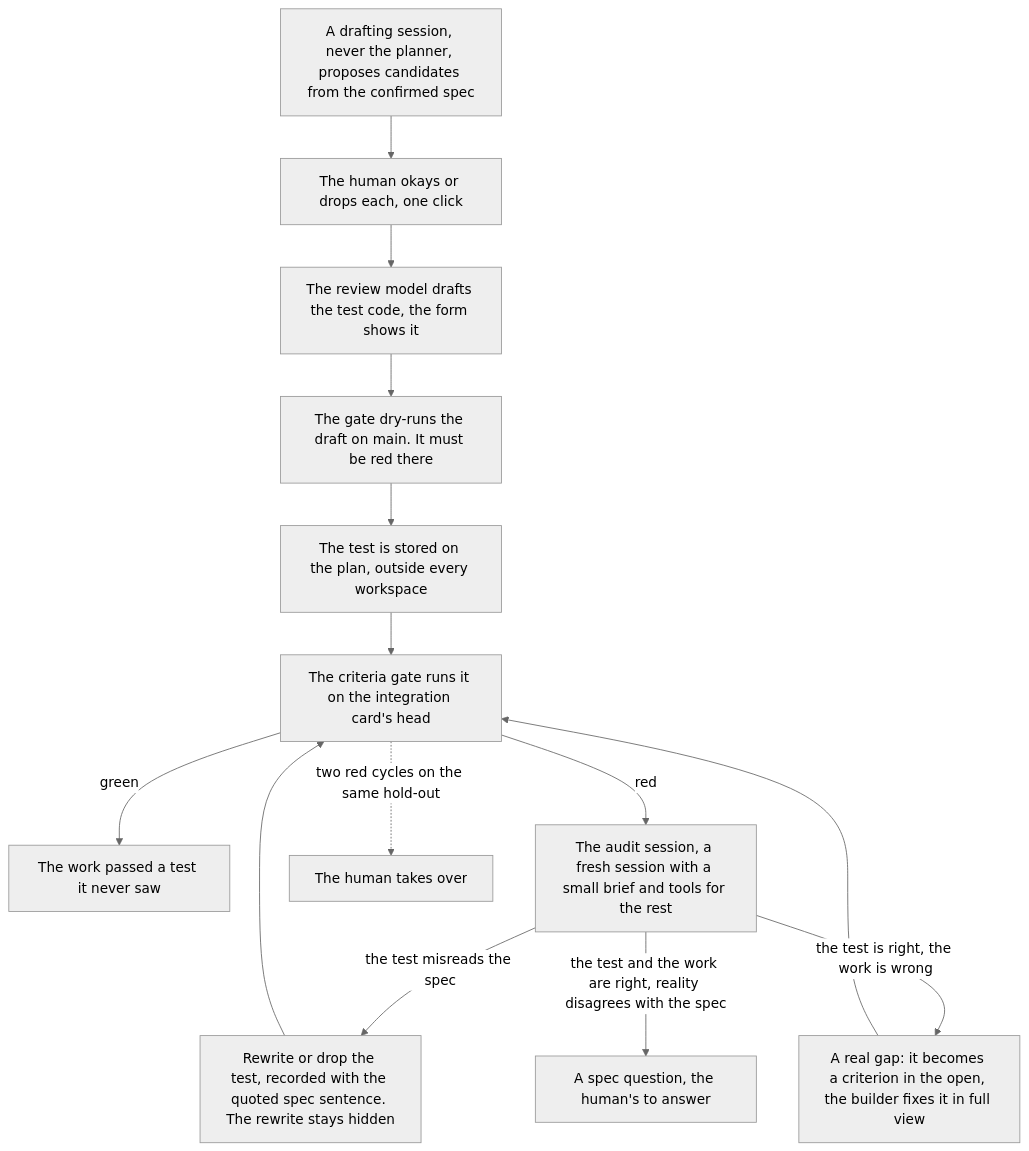
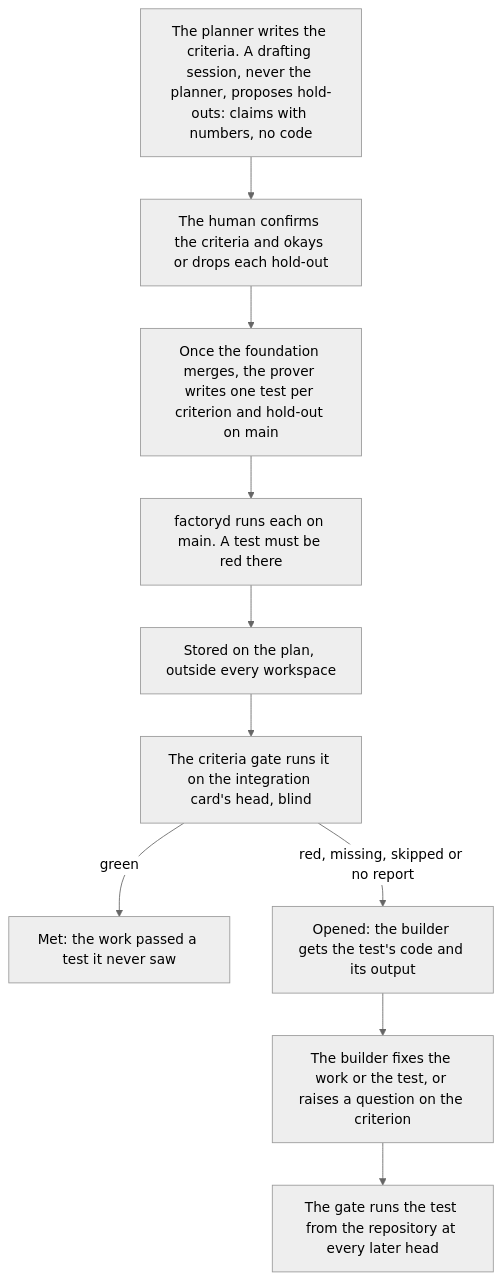
Before and after one commit to sebastianrueckerai/ai-software-factory: the second of 3 diagrams in docs/spec-driven.md, drawn with Mermaid (neutral theme). The commit also changed other lines of this file and 8 other files, not shown here.

First line of the commit message:
docs: the blind proofs are built; the spec-driven doc, the architecture, the evidence, the README and the landing page describe one blind try per criterion

````diff
--- a/docs/spec-driven.md
+++ b/docs/spec-driven.md
@@ -53,16 +60,12 @@
 ```mermaid
 flowchart TD
-    A["A drafting session, never the planner, proposes candidates from the confirmed spec"] --> B["The human okays or drops each, one click"]
-    B --> C["The review model drafts the test code, the form shows it"]
-    C --> D["The gate dry-runs the draft on main. It must be red there"]
-    D --> E["The test is stored on the plan, outside every workspace"]
-    E --> F["The criteria gate runs it on the integration card's head"]
-    F -->|"green"| G["The work passed a test it never saw"]
-    F -->|"red"| H["The audit session, a fresh session with a small brief and tools for the rest"]
-    H -->|"the test misreads the spec"| R["Rewrite or drop the test, recorded with the quoted spec sentence. The rewrite stays hidden"]
-    H -->|"the test is right, the work is wrong"| I["A real gap: it becomes a criterion in the open, the builder fixes it in full view"]
-    H -->|"the test and the work are right, reality disagrees with the spec"| Q["A spec question, the human's to answer"]
-    R --> F
-    I --> F
-    F -.->|"two red cycles on the same hold-out"| X["The human takes over"]
+    A["The planner writes the criteria. A drafting session, never the planner, proposes hold-outs: claims with numbers, no code"] --> B["The human confirms the criteria and okays or drops each hold-out"]
+    B --> C["Once the foundation merges, the prover writes one test per criterion and hold-out on main"]
+    C --> D["factoryd runs each on main. A test must be red there"]
+    D --> E["Stored on the plan, outside every workspace"]
+    E --> F["The criteria gate runs it on the integration card's head, blind"]
+    F -->|"green"| G["Met: the work passed a test it never saw"]
+    F -->|"red, missing, skipped or no report"| H["Opened: the builder gets the test's code and its output"]
+    H --> I["The builder fixes the work or the test, or raises a question on the criterion"]
+    I --> J["The gate runs the test from the repository at every later head"]
 ```
````
